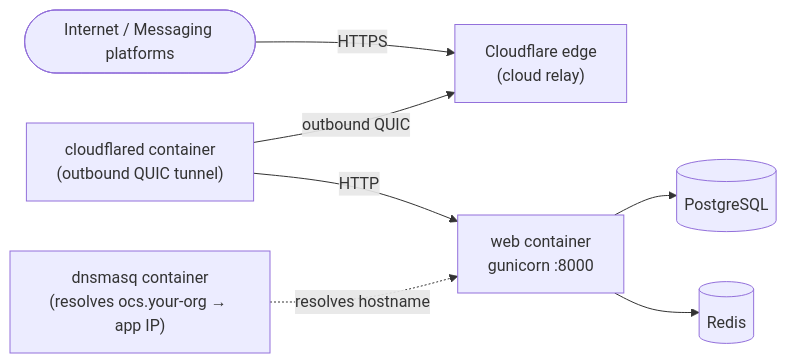
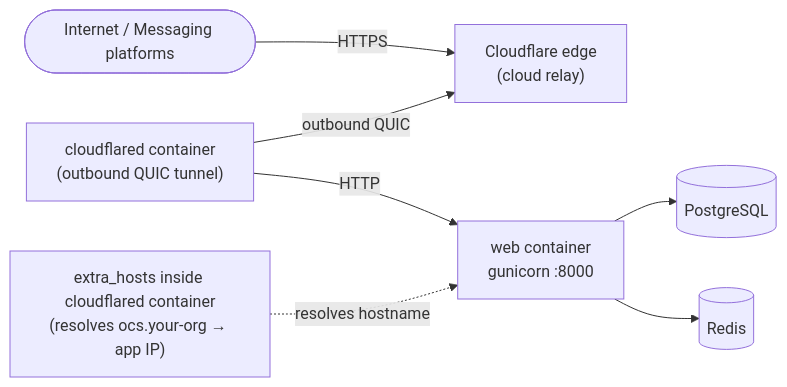
One commit to dimagi/open-chat-studio changed the first of 2 diagrams in docs/hosting/cloudflare_tunnel.md. Above: the diagram before and after it, drawn with Mermaid. The commit also changed other lines of this file and 4 other files, not shown here.

````diff
--- a/docs/hosting/cloudflare_tunnel.md
+++ b/docs/hosting/cloudflare_tunnel.md
@@ -13,17 +11,17 @@
 ```mermaid
 flowchart LR
     Internet([Internet / Messaging platforms])
     CF["Cloudflare edge<br/>(cloud relay)"]
     CFD["cloudflared container<br/>(outbound QUIC tunnel)"]
-    DNS["dnsmasq container<br/>(resolves ocs.your-org → app IP)"]
+    DNS["extra_hosts inside cloudflared container<br/>(resolves ocs.your-org → app IP)"]
     WEB["web container<br/>gunicorn :8000"]
     PG[("PostgreSQL")]
     RD[("Redis")]
 
     Internet -->|HTTPS| CF
     CFD -->|outbound QUIC| CF
     CFD -->|HTTP| WEB
     DNS -.->|resolves hostname| WEB
     WEB --> PG
     WEB --> RD
 ```
````
